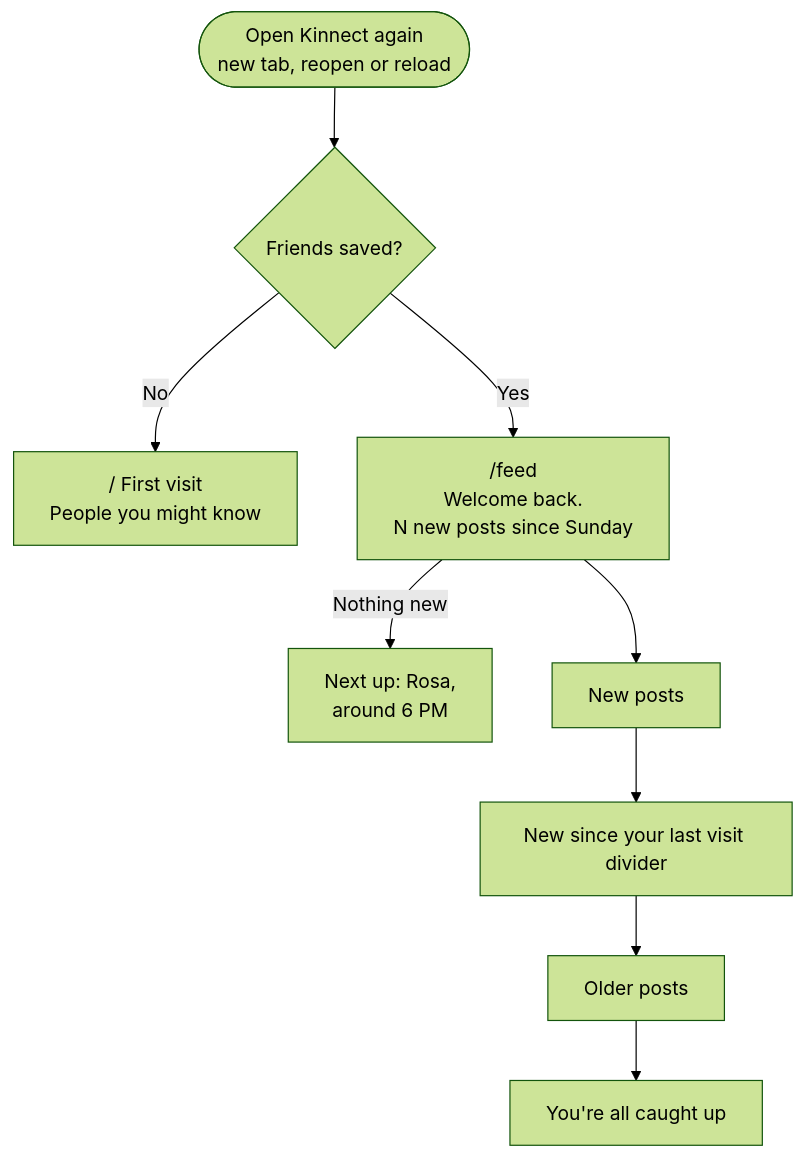
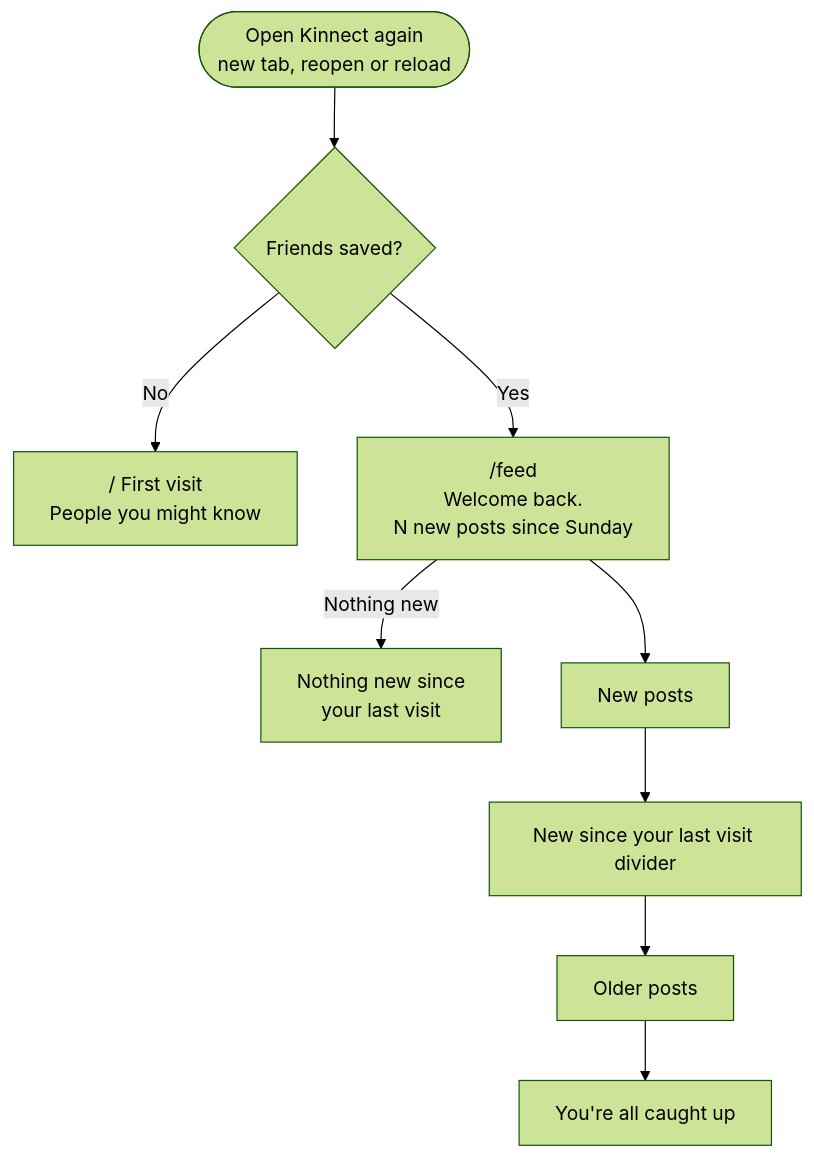
The third of 3 diagrams in README.md (kenpiech/kinnect), drawn with Mermaid (forest theme) before and after one commit. The commit also changed other lines of this file and 3 other files, not shown here.

````diff
--- a/README.md
+++ b/README.md
@@ -53,11 +53,11 @@
 ```mermaid
 flowchart TD
     R([Open Kinnect again<br/>new tab, reopen or reload]) --> S{Friends saved?}
     S -->|No| W0["/ First visit<br/>People you might know"]
     S -->|Yes| W["/feed<br/>Welcome back.<br/>N new posts since Sunday"]
-    W -->|Nothing new| NX[Next up: Rosa,<br/>around 6 PM]
+    W -->|Nothing new| NX[Nothing new since<br/>your last visit]
     W --> NEW[New posts]
     NEW --> DIV[New since your last visit divider]
     DIV --> OLD[Older posts]
     OLD --> CU[You're all caught up]
 ```
````
